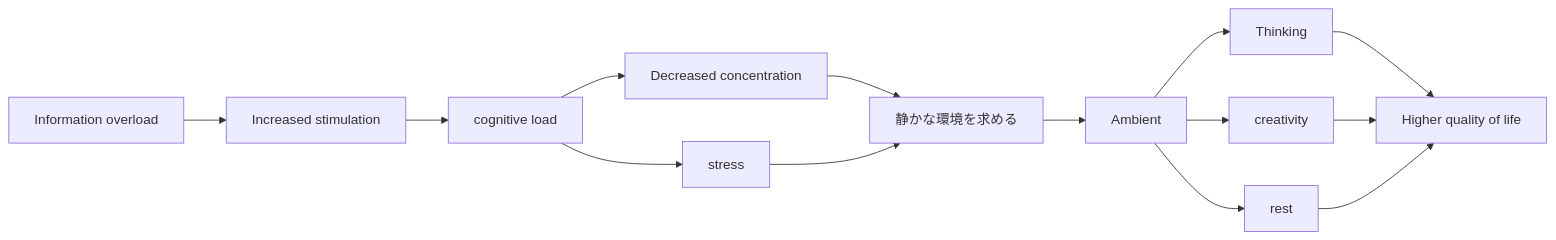
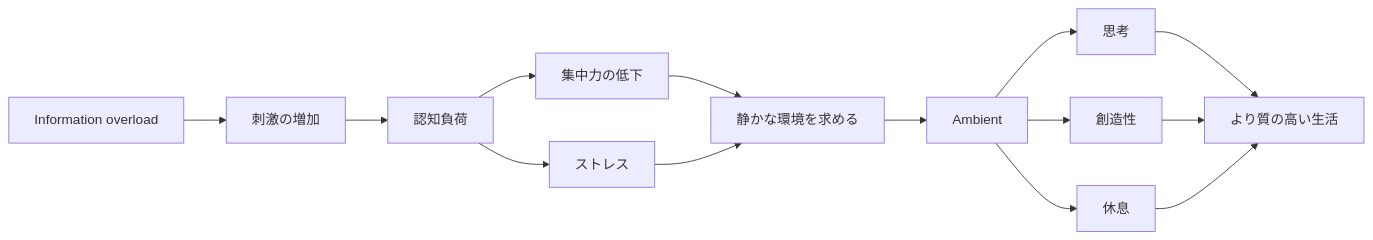
One commit to monumental-movement/monumental-movement.github.io changed the second of 2 diagrams in en/_posts/2026-06-27-column-ambient-music-wealthy.md. Above: the diagram before and after it, drawn with Mermaid. The commit also changed other lines of this file and 2196 other files, not shown here.

```diff
--- a/en/_posts/2026-06-27-column-ambient-music-wealthy.md
+++ b/en/_posts/2026-06-27-column-ambient-music-wealthy.md
@@ -877,40 +877,40 @@
 <div class="mermaid">
 flowchart LR
 
 A["Information overload"]
--->B["Increased stimulation"]
+-->B["刺激の増加"]
 
 B
--->C["cognitive load"]
+-->C["認知負荷"]
 
 C
--->D["Decreased concentration"]
+-->D["集中力の低下"]
 
 C
--->E["stress"]
+-->E["ストレス"]
 
 D
 -->F["静かな環境を求める"]
 
 E
 -->F
 
 F
 -->G["Ambient"]
 
 G
--->H["Thinking"]
+-->H["思考"]
 
 G
--->I["creativity"]
+-->I["創造性"]
 
 G
--->J["rest"]
+-->J["休息"]
 
 H
--->K["Higher quality of life"]
+-->K["より質の高い生活"]
 I
 -->K
 J
 -->K
 </div>
```
